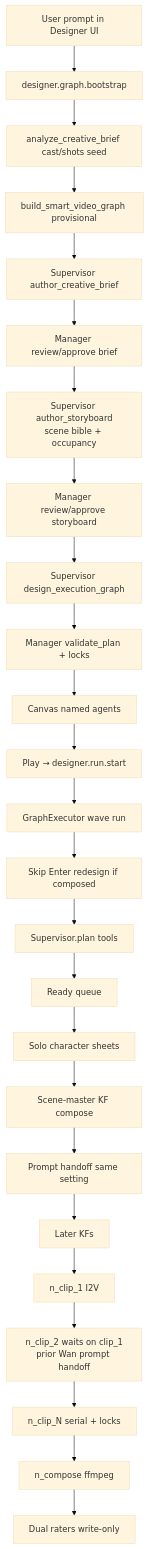
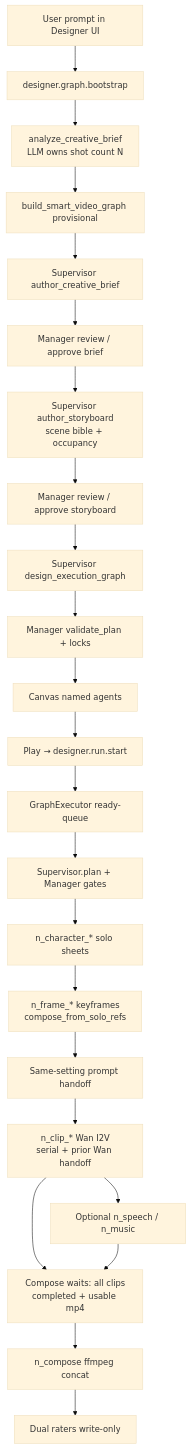
Before and after one commit to openJiuwen-ai/agent-gateway: the diagram in DETAIL.md, drawn with Mermaid (base theme). The commit also changed other lines of this file and 32 other files, not shown here.

First line of the commit message:
Ship Designer LLM shot budget, storyboard-sync clips, and compose wait gates.

````diff
--- a/DETAIL.md
+++ b/DETAIL.md
@@ -16,27 +16,25 @@
 ```mermaid
 flowchart TD
   U["User prompt in Designer UI"] --> BOOT["designer.graph.bootstrap"]
-  BOOT --> SA["analyze_creative_brief cast/shots seed"]
+  BOOT --> SA["analyze_creative_brief<br/>LLM owns shot count N"]
   SA --> G0["build_smart_video_graph provisional"]
   G0 --> BR["Supervisor author_creative_brief"]
-  BR --> M1["Manager review/approve brief"]
+  BR --> M1["Manager review / approve brief"]
   M1 --> SB["Supervisor author_storyboard<br/>scene bible + occupancy"]
-  SB --> M2["Manager review/approve storyboard"]
+  SB --> M2["Manager review / approve storyboard"]
   M2 --> DG["Supervisor design_execution_graph"]
   DG --> MV["Manager validate_plan + locks"]
   MV --> UI["Canvas named agents"]
   UI --> PLAY["Play → designer.run.start"]
-  PLAY --> SCH["GraphExecutor wave run"]
-  SCH --> SKIP["Skip Enter redesign if composed"]
-  SKIP --> PL["Supervisor.plan tools"]
-  PL --> Q["Ready queue"]
-  Q --> SOLO["Solo character sheets"]
-  SOLO --> KF1["Scene-master KF compose"]
-  KF1 --> HO["Prompt handoff same setting"]
-  HO --> KF2["Later KFs"]
-  KF2 --> C1["n_clip_1 I2V"]
-  C1 --> C2["n_clip_2 waits on clip_1<br/>prior Wan prompt handoff"]
-  C2 --> C3["n_clip_N serial + locks"]
-  C3 --> FILM["n_compose ffmpeg"]
+  PLAY --> SCH["GraphExecutor ready-queue"]
+  SCH --> PL["Supervisor.plan + Manager gates"]
+  PL --> SOLO["n_character_* solo sheets"]
+  SOLO --> KF["n_frame_* keyframes<br/>compose_from_solo_refs"]
+  KF --> HO["Same-setting prompt handoff"]
+  HO --> CLIP["n_clip_* Wan I2V<br/>serial + prior Wan handoff"]
+  CLIP --> AUD["Optional n_speech / n_music"]
+  CLIP --> WAIT["Compose waits: all clips<br/>completed + usable mp4"]
+  AUD --> WAIT
+  WAIT --> FILM["n_compose ffmpeg concat"]
   FILM --> RATE["Dual raters write-only"]
 ```
````
